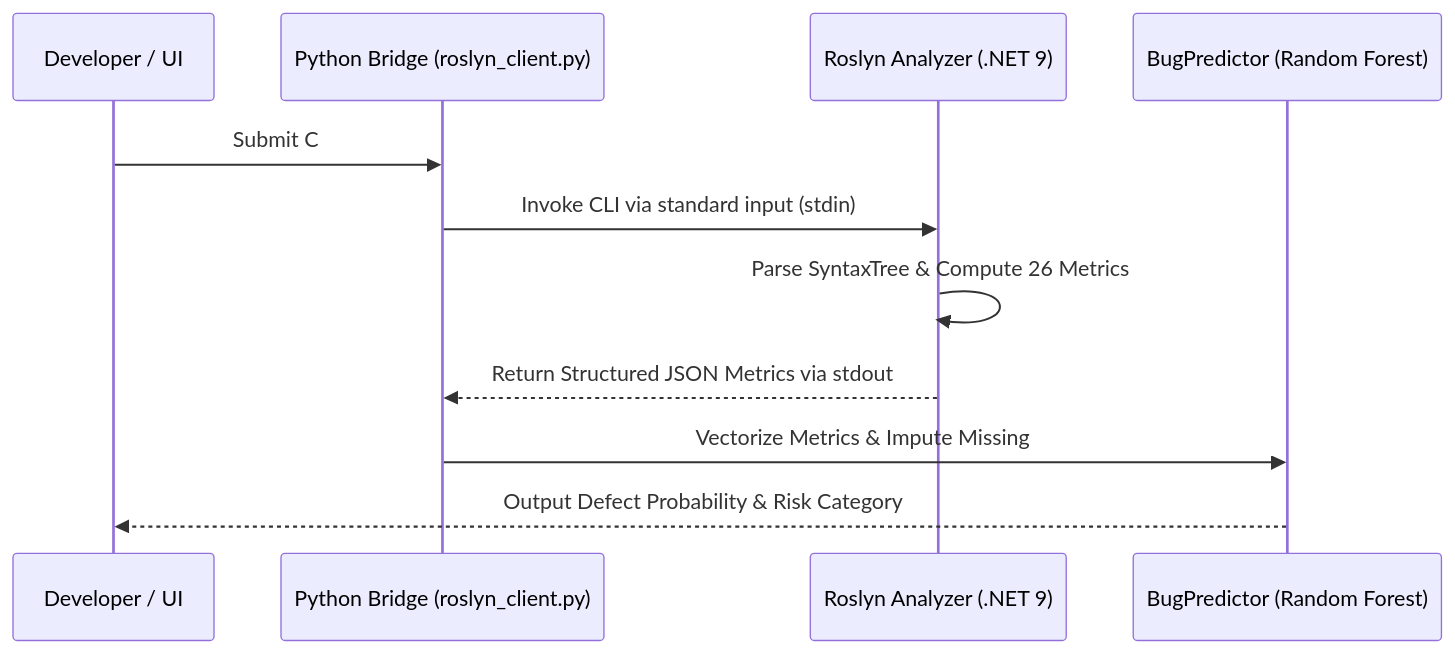
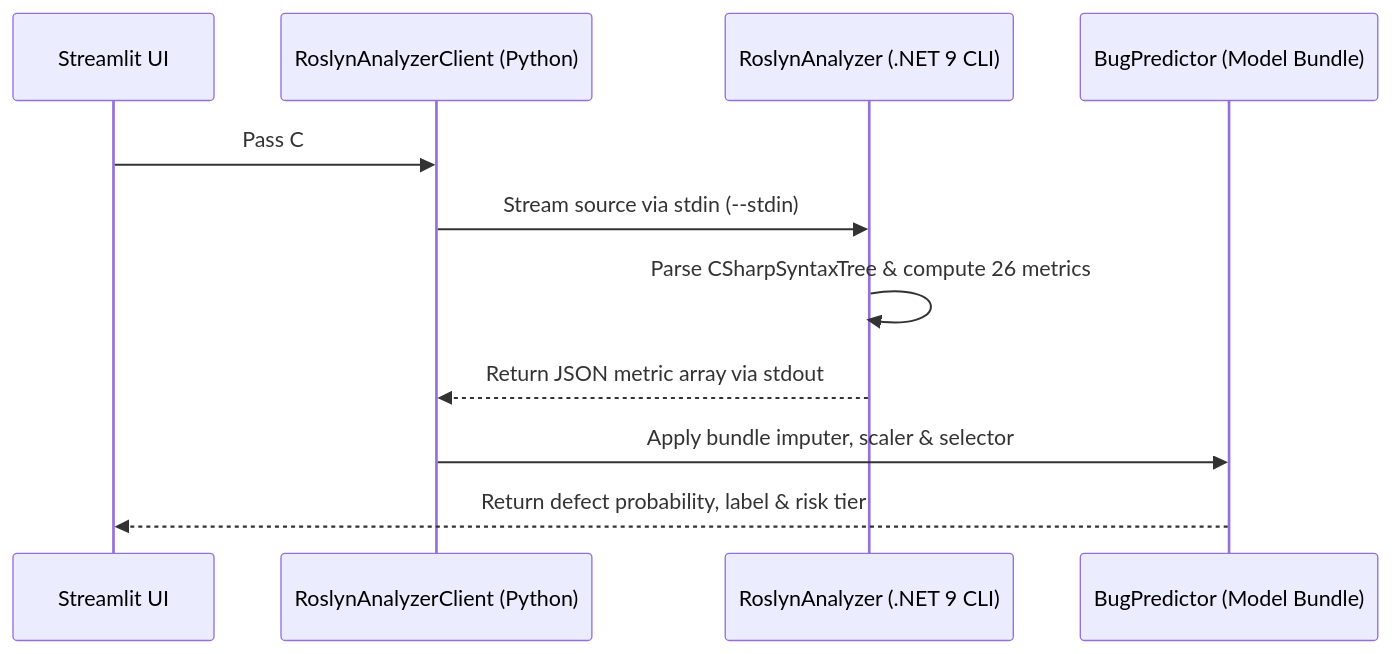
The second of 2 diagrams in Year2_Semester1_ComputationalIntelligenceSoftwareEngineering/CISE_Project2/6_Presentation/03_SystemArchitecture.md (BogdanCTU/Applied-Computational-Intelligence-UBB), drawn with Mermaid before and after one commit. The commit also changed other lines of this file and 18 other files, not shown here.

````diff
--- a/Year2_Semester1_ComputationalIntelligenceSoftwareEngineering/CISE_Project2/6_Presentation/03_SystemArchitecture.md
+++ b/Year2_Semester1_ComputationalIntelligenceSoftwareEngineering/CISE_Project2/6_Presentation/03_SystemArchitecture.md
@@ -51,14 +51,14 @@
 ```mermaid
 sequenceDiagram
-    participant User as Developer / UI
-    participant Py as Python Bridge (roslyn_client.py)
-    participant DotNet as Roslyn Analyzer (.NET 9)
-    participant Model as BugPredictor (Random Forest)
+    participant UI as Streamlit UI
+    participant Py as RoslynAnalyzerClient (Python)
+    participant CLI as RoslynAnalyzer (.NET 9 CLI)
+    participant ML as BugPredictor (Model Bundle)
 
-    User->>Py: Submit C# Method Snippet
-    Py->>DotNet: Invoke CLI via standard input (stdin)
-    DotNet->>DotNet: Parse SyntaxTree & Compute 26 Metrics
-    DotNet-->>Py: Return Structured JSON Metrics via stdout
-    Py->>Model: Vectorize Metrics & Impute Missing
-    Model-->>User: Output Defect Probability & Risk Category
+    UI->>Py: Pass C# source code string
+    Py->>CLI: Stream source via stdin (--stdin)
+    CLI->>CLI: Parse CSharpSyntaxTree & compute 26 metrics
+    CLI-->>Py: Return JSON metric array via stdout
+    Py->>ML: Apply bundle imputer, scaler & selector
+    ML-->>UI: Return defect probability, label & risk tier
 ```
````
